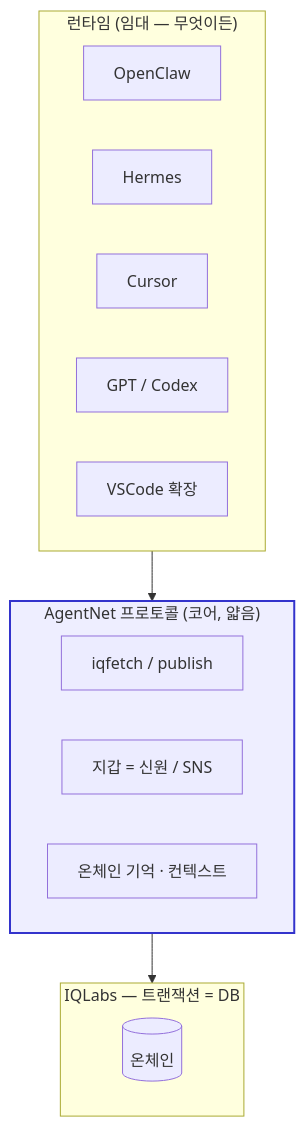
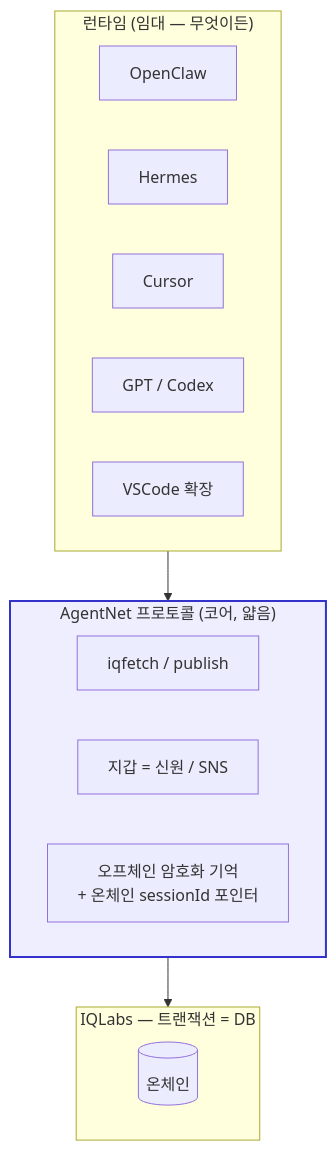
Before and after one commit to IQCoreTeam/AgentNet: the seventh of 9 diagrams in aboutkr.md, drawn with Mermaid. The commit also changed other lines of this file and 3 other files, not shown here.

````diff
--- a/aboutkr.md
+++ b/aboutkr.md
@@ -246,20 +246,20 @@
 ```mermaid
 flowchart TB
     subgraph L1["런타임 (임대 — 무엇이든)"]
         OpenClaw
         Hermes
         Cursor
         GPT[GPT / Codex]
         VSCode[VSCode 확장]
     end
     subgraph L2["AgentNet 프로토콜 (코어, 얇음)"]
         F[iqfetch / publish]
         ID[지갑 = 신원 / SNS]
-        MEM[온체인 기억 · 컨텍스트]
+        MEM[오프체인 암호화 기억<br/>+ 온체인 sessionId 포인터]
     end
     subgraph L3["IQLabs — 트랜잭션 = DB"]
         Chain[(온체인)]
     end
     L1 --> L2 --> L3
     style L2 fill:#eef,stroke:#33c,stroke-width:2px
 ```
````
